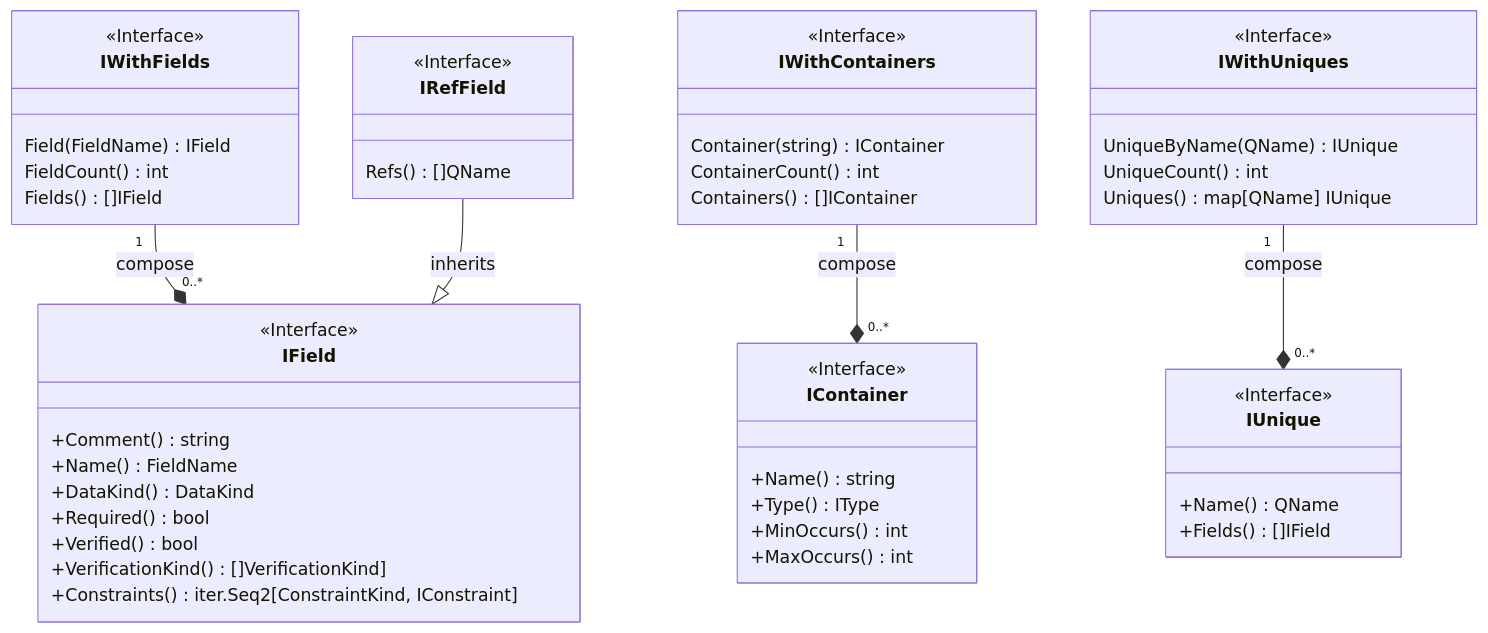
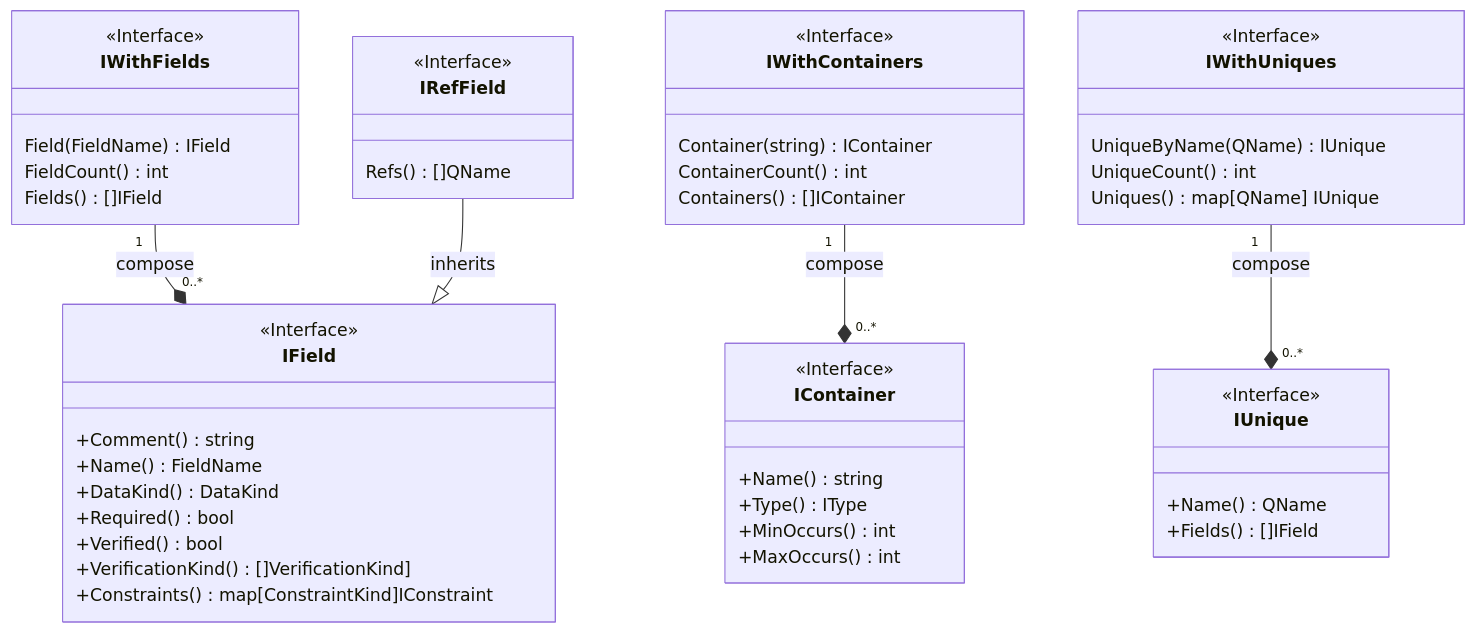
Before and after one commit to voedger/voedger: the sixth of 9 diagrams in pkg/appdef/README.md, drawn with Mermaid. The commit also changed other lines of this file and 6 other files, not shown here.

````diff
--- a/pkg/appdef/README.md
+++ b/pkg/appdef/README.md
@@ -457,58 +458,58 @@
 ```mermaid
 classDiagram
 
   class IField {
     <<Interface>>
     +Comment() string
     +Name() FieldName
     +DataKind() DataKind
     +Required() bool
     +Verified() bool
     +VerificationKind() []VerificationKind]
-    +Constraints() iter.Seq2[ConstraintKind, IConstraint]
+    +Constraints() map[ConstraintKind]IConstraint
   }
 
   class IWithFields{
     <<Interface>>
     Field(FieldName) IField
     FieldCount() int
     Fields() []IField
   }
   IWithFields "1" --* "0..*" IField : compose
 
   IRefField --|> IField : inherits
   class IRefField {
     <<Interface>>
     Refs() []QName
   }
 
   class IContainer {
     <<Interface>>
     +Name() string
     +Type() IType
     +MinOccurs() int
     +MaxOccurs() int
   }
 
   class IWithContainers{
     <<Interface>>
     Container(string) IContainer
     ContainerCount() int
     Containers() []IContainer
   }
   IWithContainers "1" --* "0..*" IContainer : compose
 
   class IUnique {
     <<Interface>>
     +Name() QName
     +Fields() []IField
   }
 
   class IWithUniques{
     <<Interface>>
     UniqueByName(QName) IUnique
     UniqueCount() int
     Uniques() map[QName] IUnique
   }
   IWithUniques "1" --* "0..*" IUnique : compose
 ```
````
